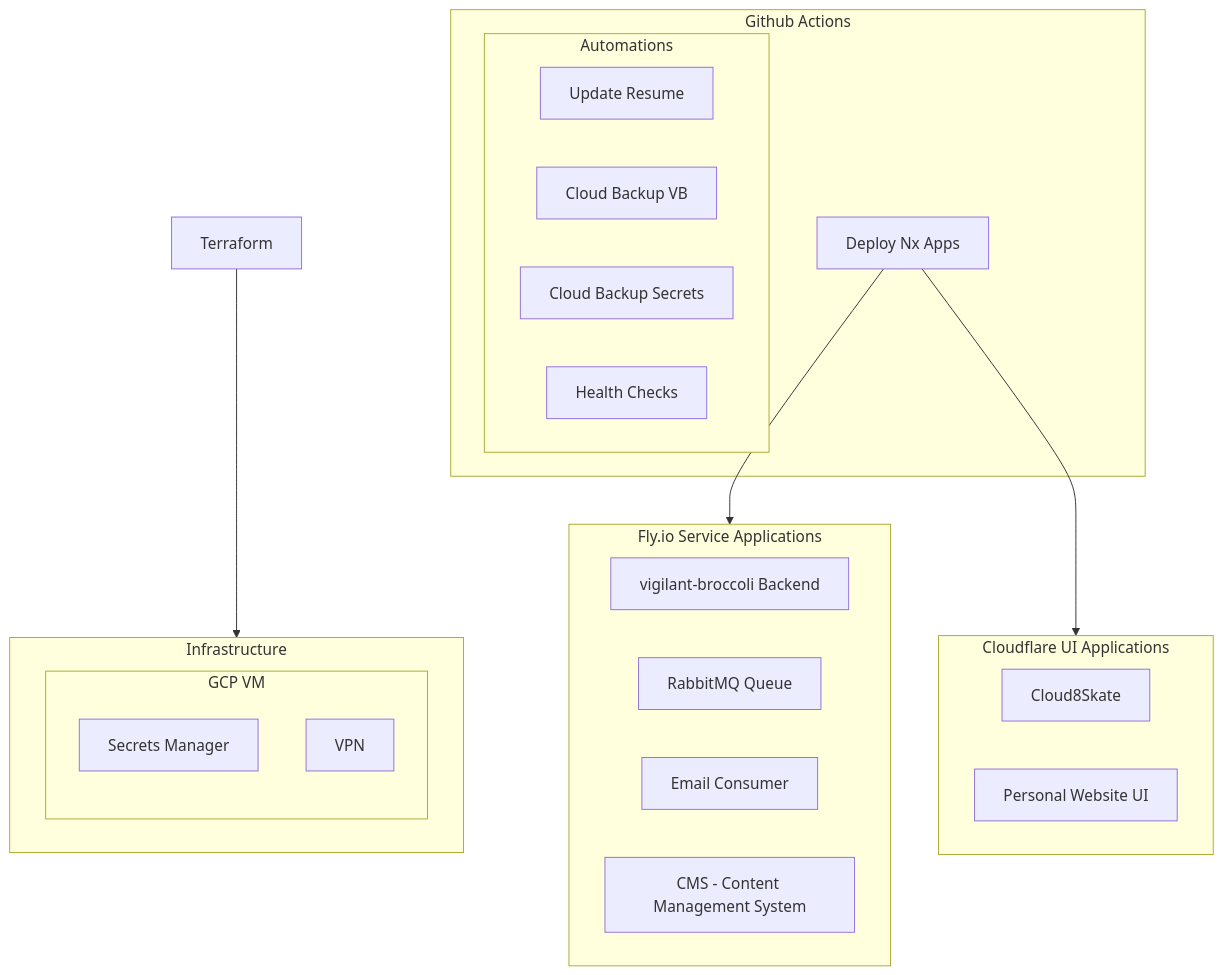
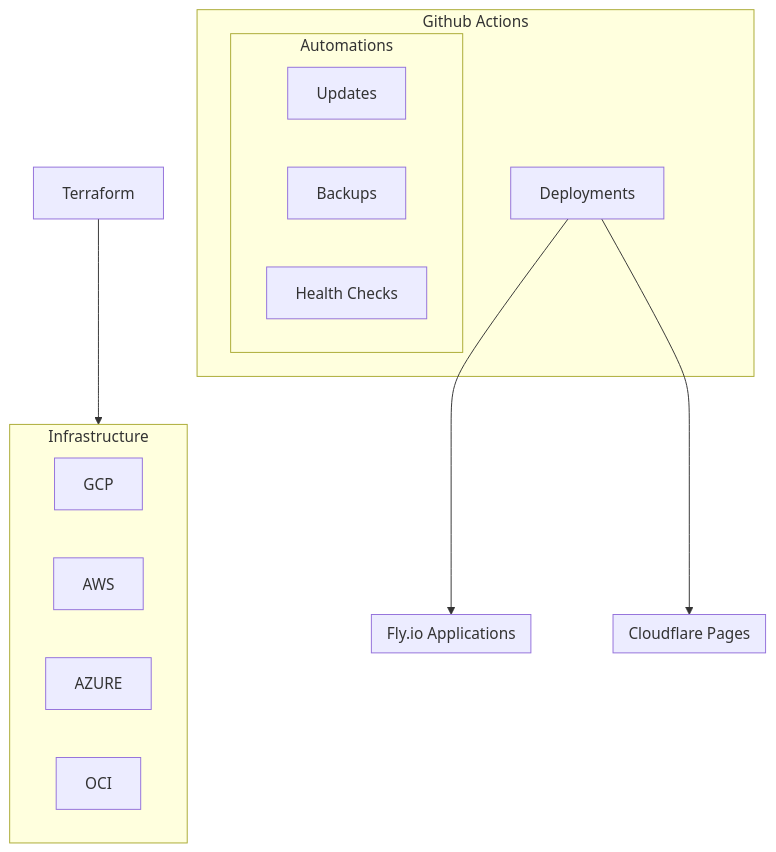
Before and after one commit to iamharryliu/vigilant-broccoli: the fourth of 5 diagrams in docs/infrastructure/infrastructure.md, drawn with Mermaid.

````diff
--- a/docs/infrastructure/infrastructure.md
+++ b/docs/infrastructure/infrastructure.md
@@ -235,43 +235,38 @@
 ```mermaid
 graph TD
 
 %% Define nodes
 
 TERRAFORM[Terraform]
 
 subgraph INFRASTRUCTURE[Infrastructure]
-  subgraph GCP_VM[GCP VM]
-    SECRETS_MANAGER[Secrets Manager]
-    VPN[VPN]
-  end
+  GCP[GCP]
+  AWS[AWS]
+  AZURE[AZURE]
+  OCI[OCI]
+
+
 end
 
 subgraph GITHUB_ACTIONS[Github Actions]
-  DEPLOY_NX_APPS[Deploy Nx Apps]
+  DEPLOYMENTS[Deployments]
   subgraph AUTOMATIONS[Automations]
-    UPDATE_RESUME[Update Resume]
-    CLOUD_BACKUP_VB[Cloud Backup VB]
-    CLOUD_BACKUP_SECRETS[Cloud Backup Secrets]
+    UPDATES[Updates]
+    BACKUPS[Backups]
     HEALTH_CHECK[Health Checks]
   end
 end
 
-subgraph CLOUDFLARE_UI_APPS[Cloudflare UI Applications]
-  CLOUD_8_SKATE[Cloud8Skate]
-  PERSONAL_WEBSITE_UI[Personal Website UI]
+subgraph CLOUDFLARE_PAGES[Cloudflare Pages]
 end
 
-subgraph FLYIO_SERVICE_APPS[Fly.io Service Applications]
-  VB_BACKEND[vigilant-broccoli Backend]
-  QUEUE[RabbitMQ Queue]
-  EMAIL_CONSUMER[Email Consumer]
-  CMS[CMS - Content Management System]
+subgraph FLYIO_APPLICATIONS[Fly.io Applications]
 end
 
 
 %% Connections
 TERRAFORM-->INFRASTRUCTURE
-DEPLOY_NX_APPS-->FLYIO_SERVICE_APPS
-DEPLOY_NX_APPS-->CLOUDFLARE_UI_APPS
+DEPLOYMENTS-->FLYIO_APPLICATIONS
+DEPLOYMENTS-->CLOUDFLARE_PAGES
 
 ```
````
